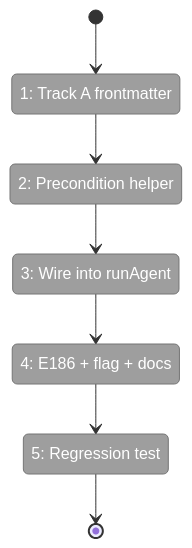
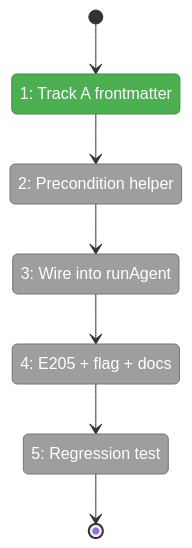
One commit to AI-Substrate/minih changed the first of 2 diagrams in docs/plans/018-agent-permissions/fixes/FX008-coordination-write-precondition.fltplan.md. Above: the diagram before and after it, drawn with Mermaid. The commit also changed other lines of this file and 3 other files, not shown here.

````diff
--- a/docs/plans/018-agent-permissions/fixes/FX008-coordination-write-precondition.fltplan.md
+++ b/docs/plans/018-agent-permissions/fixes/FX008-coordination-write-precondition.fltplan.md
@@ -40,22 +40,23 @@
 ```mermaid
 stateDiagram-v2
     classDef pending fill:#9E9E9E,stroke:#757575,color:#fff
     classDef active fill:#FFC107,stroke:#FFA000,color:#000
     classDef done fill:#4CAF50,stroke:#388E3C,color:#fff
     classDef blocked fill:#F44336,stroke:#D32F2F,color:#fff
 
     state "1: Track A frontmatter" as S1
     state "2: Precondition helper" as S2
     state "3: Wire into runAgent" as S3
-    state "4: E186 + flag + docs" as S4
+    state "4: E205 + flag + docs" as S4
     state "5: Regression test" as S5
 
     [*] --> S1
     S1 --> S2
     S2 --> S3
     S3 --> S4
     S4 --> S5
     S5 --> [*]
 
-    class S1,S2,S3,S4,S5 pending
+    class S2,S3,S4,S5 pending
+    class S1 done
 ```
````
